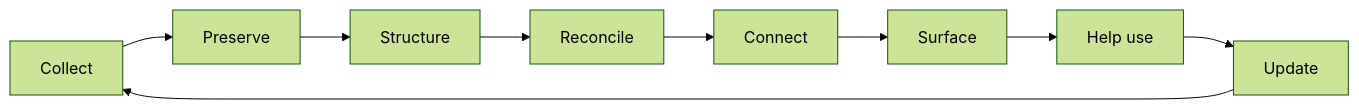
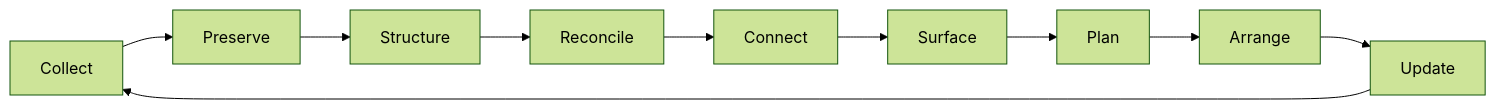
The diagram in strategy/operating-loop.md (Manoj-nathwani/health-records-365-business), drawn with Mermaid (forest theme) before and after one commit. The commit also changed other lines of this file and 23 other files, not shown here.

````diff
--- a/strategy/operating-loop.md
+++ b/strategy/operating-loop.md
@@ -18,11 +18,12 @@
 ```mermaid
 flowchart LR
   A[Collect] --> B[Preserve]
   B --> C[Structure]
   C --> D[Reconcile]
   D --> E[Connect]
   E --> F[Surface]
-  F --> G[Help use]
-  G --> H[Update]
-  H --> A
+  F --> G[Plan]
+  G --> H[Arrange]
+  H --> I[Update]
+  I --> A
 ```
````
